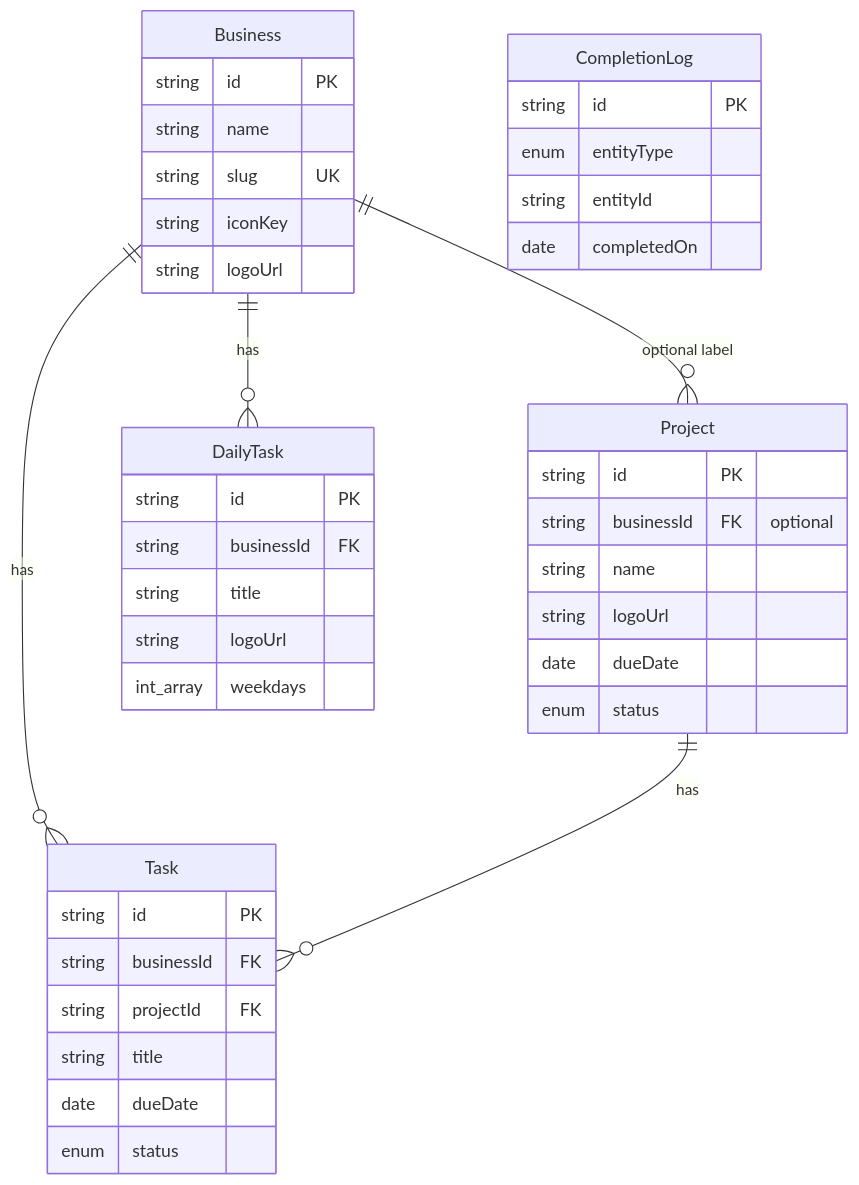
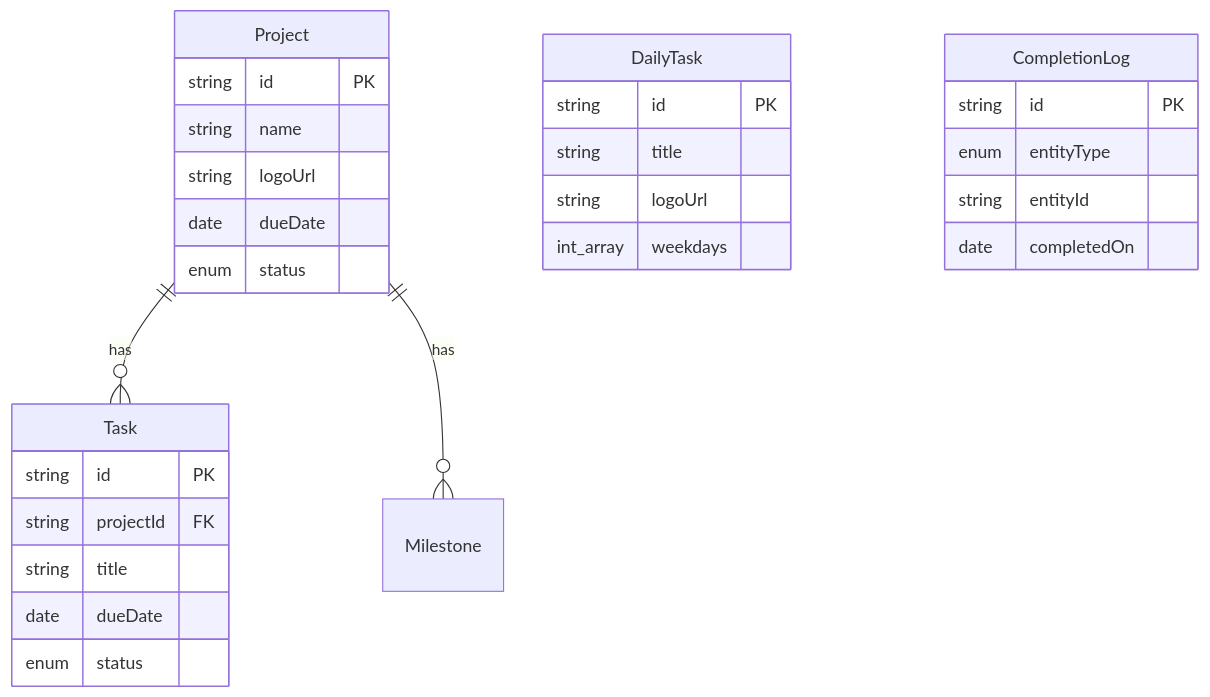
The second of 2 diagrams in docs/ARCHITECTURE.md (baselhusam/daily-hub), drawn with Mermaid before and after one commit. The commit also changed other lines of this file and 45 other files, not shown here.

````diff
--- a/docs/ARCHITECTURE.md
+++ b/docs/ARCHITECTURE.md
@@ -90,48 +90,35 @@
 ```mermaid
 erDiagram
-  Business ||--o{ Project : "optional label"
-  Business ||--o{ Task : has
-  Business ||--o{ DailyTask : has
   Project ||--o{ Task : has
-
-  Business {
-    string id PK
-    string name
-    string slug UK
-    string iconKey
-    string logoUrl
-  }
+  Project ||--o{ Milestone : has
 
   Project {
     string id PK
-    string businessId FK "optional"
     string name
     string logoUrl
     date dueDate
     enum status
   }
 
   Task {
     string id PK
-    string businessId FK
     string projectId FK
     string title
     date dueDate
     enum status
   }
 
   DailyTask {
     string id PK
-    string businessId FK
     string title
     string logoUrl
     int_array weekdays
   }
 
   CompletionLog {
     string id PK
     enum entityType
     string entityId
     date completedOn
   }
 ```
````
